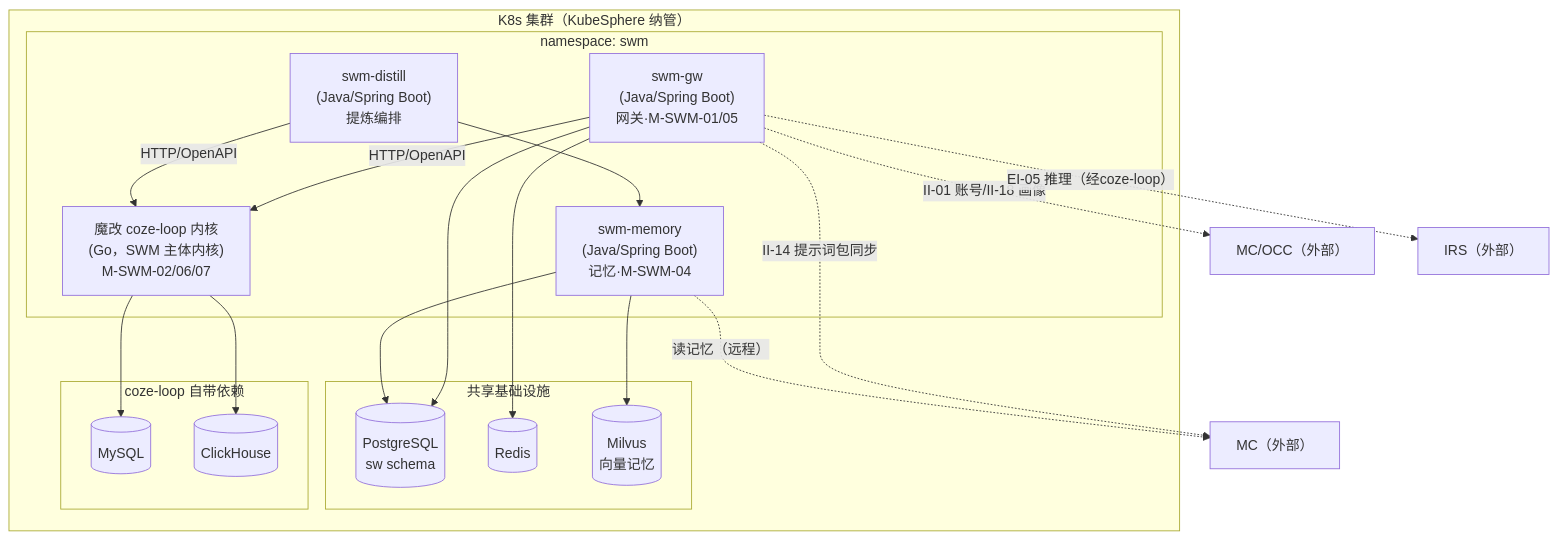
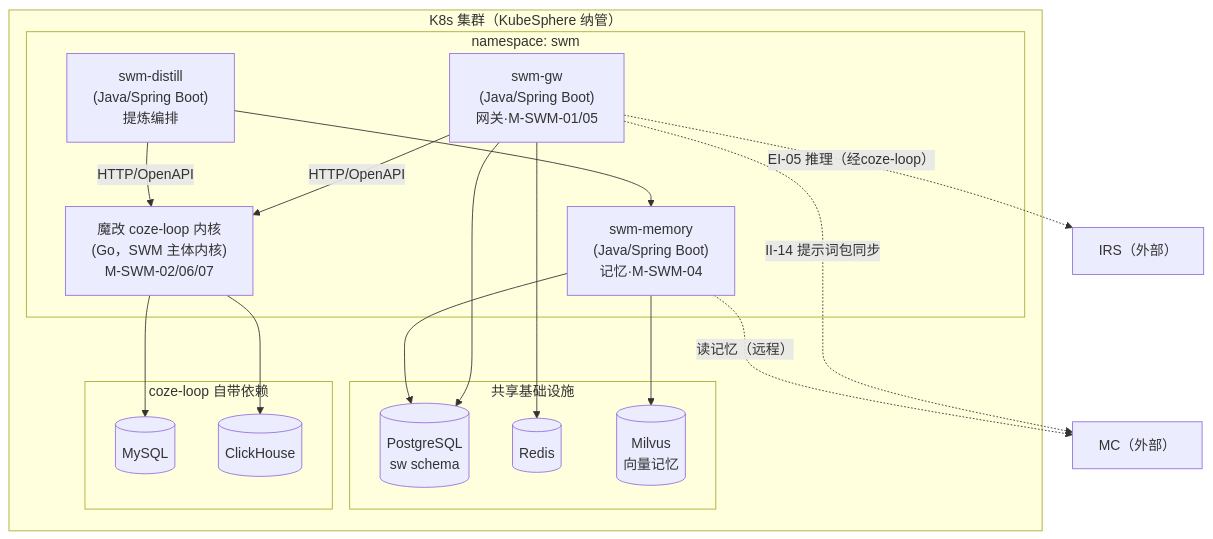
The first of 11 diagrams in 公司项目/认知作战/文档/软件详细设计说明-SWM子系统.md (Sj-g/obsidian), drawn with Mermaid before and after one commit. The commit also changed other lines of this file and 10 other files, not shown here.

````diff
--- a/公司项目/认知作战/文档/软件详细设计说明-SWM子系统.md
+++ b/公司项目/认知作战/文档/软件详细设计说明-SWM子系统.md
@@ -97,30 +97,29 @@
 ```mermaid
 flowchart TB
     subgraph K8s["K8s 集群（KubeSphere 纳管）"]
         subgraph SWM["namespace: swm"]
             GW["swm-gw<br/>(Java/Spring Boot)<br/>网关·M-SWM-01/05"]
             MEM["swm-memory<br/>(Java/Spring Boot)<br/>记忆·M-SWM-04"]
             DIST["swm-distill<br/>(Java/Spring Boot)<br/>提炼编排"]
             LOOP["魔改 coze-loop 内核<br/>(Go，SWM 主体内核)<br/>M-SWM-02/06/07"]
         end
         subgraph SHARED["共享基础设施"]
             PG[("PostgreSQL<br/>sw schema")]
             REDIS[("Redis")]
             MIL[("Milvus<br/>向量记忆")]
         end
         subgraph LOOPDEP["coze-loop 自带依赖"]
             LOOPPG[("MySQL")]
             LOOPCH[("ClickHouse")]
         end
     end
     GW -->|"HTTP/OpenAPI"| LOOP
     GW --> PG & REDIS
     MEM --> MIL & PG
     DIST -->|"HTTP/OpenAPI"| LOOP
     DIST --> MEM
     LOOP --> LOOPPG & LOOPCH
     GW -.->|"II-14 提示词包同步"| MC["MC（外部）"]
-    GW -.->|"II-01 账号/II-18 画像"| EXT["MC/OCC（外部）"]
     GW -.->|"EI-05 推理（经coze-loop）"| IRS["IRS（外部）"]
     MEM -.->|"读记忆（远程）"| MC
 ```
````
